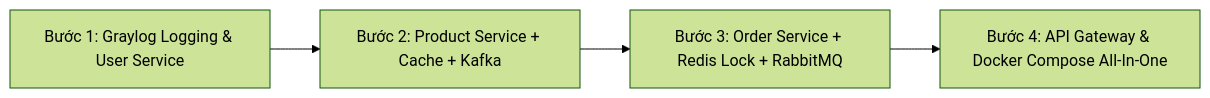
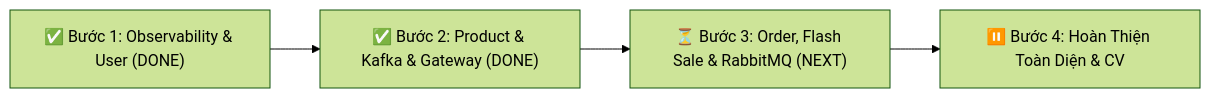
The second of 2 diagrams in ROADMAP_MICROSERVICES.md (PearTNhat/microservice-ecomerce), drawn with Mermaid (forest theme) before and after one commit. The commit also changed other lines of this file and 20 other files, not shown here.

Commit message:
feat: implement product microservice with Redis caching, Kafka event tracking, and singleflight optimization

````diff
--- a/ROADMAP_MICROSERVICES.md
+++ b/ROADMAP_MICROSERVICES.md
@@ -77,6 +52,6 @@
 ```mermaid
 graph LR
-    B1["Bước 1: Graylog Logging & User Service"] --> B2["Bước 2: Product Service + Cache + Kafka"]
-    B2 --> B3["Bước 3: Order Service + Redis Lock + RabbitMQ"]
-    B3 --> B4["Bước 4: API Gateway & Docker Compose All-In-One"]
+    B1["✅ Bước 1: Observability & User (DONE)"] --> B2["✅ Bước 2: Product & Kafka & Gateway (DONE)"]
+    B2 --> B3["⏳ Bước 3: Order, Flash Sale & RabbitMQ (NEXT)"]
+    B3 --> B4["⏸️ Bước 4: Hoàn Thiện Toàn Diện & CV"]
 ```
````
